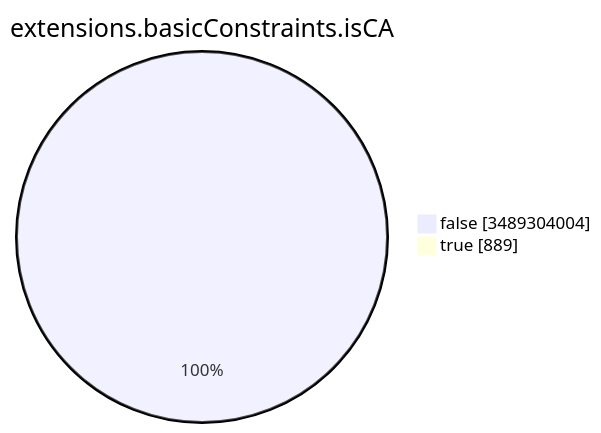
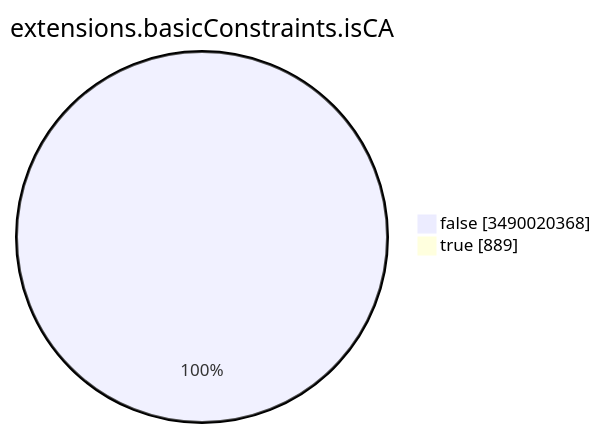
One commit to christiankrug/ctmonitor_visualization changed the seventh of 15 diagrams in TOTAL/README.md. Above: the diagram before and after it, drawn with Mermaid. The commit also changed other lines of this file, not shown here.

````diff
--- a/TOTAL/README.md
+++ b/TOTAL/README.md
@@ -3093,6 +3093,6 @@
 ```mermaid
 pie showData
 title extensions.basicConstraints.isCA
-"false" :3489304004
+"false" :3490020368
 "true" :889
 ```
````
